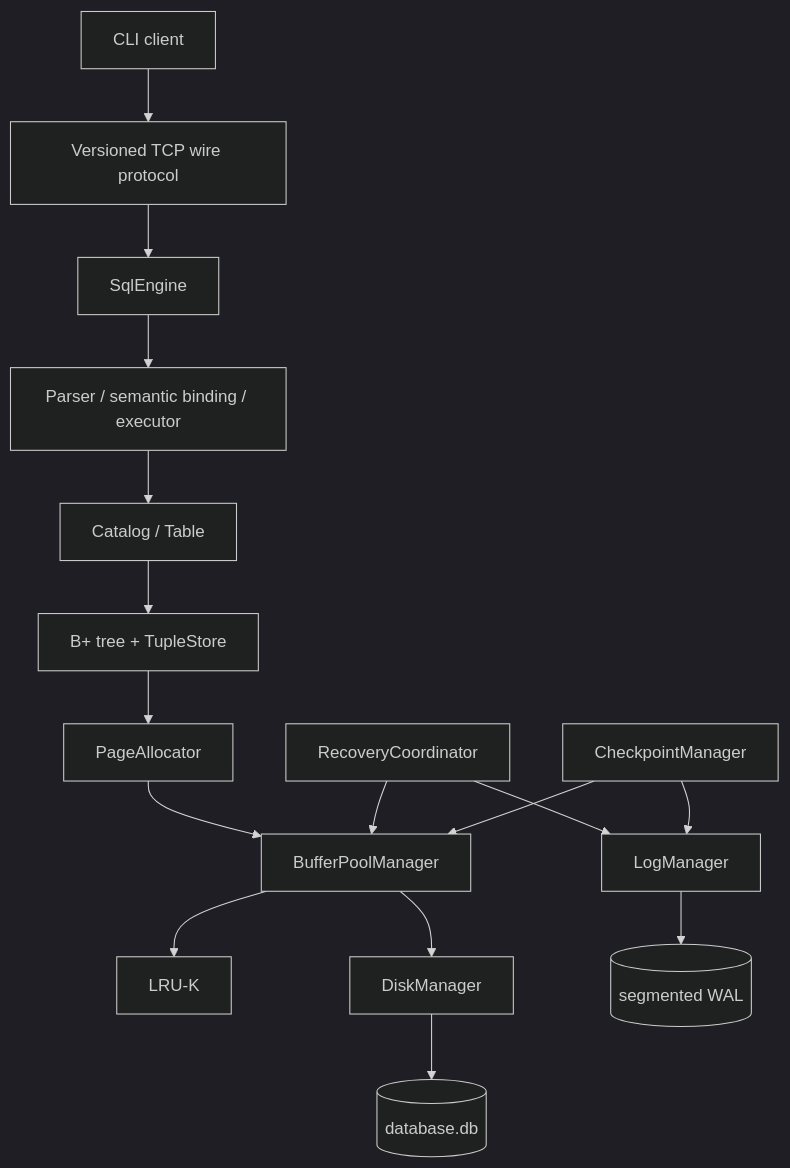
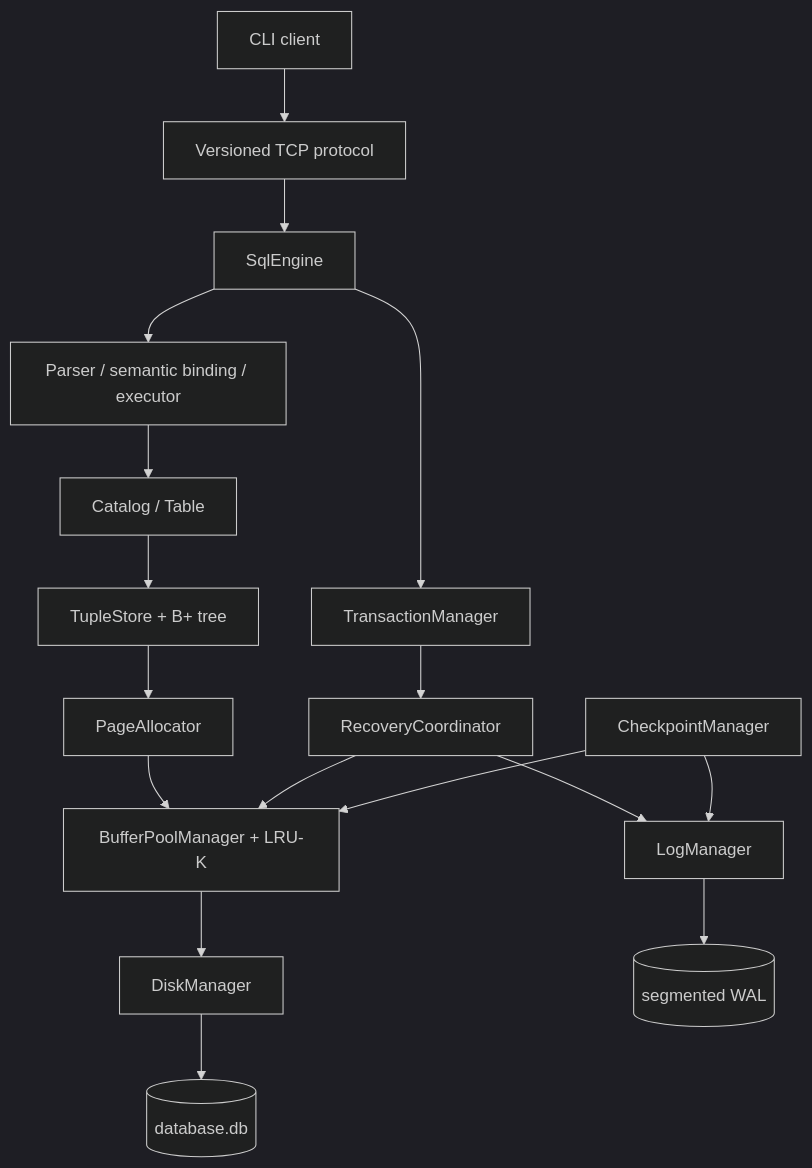
Before and after one commit to htenlik/minidb_cpp: the diagram in README.md, drawn with Mermaid (dark theme). The commit also changed other lines of this file, not shown here.

````diff
--- a/README.md
+++ b/README.md
@@ -30,19 +27,20 @@
 ```mermaid
 flowchart TB
-    Client[CLI client] --> Wire[Versioned TCP wire protocol]
+    Client[CLI client] --> Wire[Versioned TCP protocol]
     Wire --> Engine[SqlEngine]
     Engine --> SQL[Parser / semantic binding / executor]
+    Engine --> Txn[TransactionManager]
     SQL --> Relational[Catalog / Table]
-    Relational --> Storage[B+ tree + TupleStore]
+    Relational --> Storage[TupleStore + B+ tree]
     Storage --> Allocator[PageAllocator]
-    Allocator --> Pool[BufferPoolManager]
-    Pool --> Replacer[LRU-K]
+    Allocator --> Pool[BufferPoolManager + LRU-K]
     Pool --> Disk[DiskManager]
     Disk --> Database[(database.db)]
 
-    Recovery[RecoveryCoordinator] --> Log[LogManager]
+    Txn --> Recovery[RecoveryCoordinator]
+    Recovery --> Log[LogManager]
     Log --> WAL[(segmented WAL)]
     Recovery --> Pool
     Checkpoint[CheckpointManager] --> Pool
     Checkpoint --> Log
 ```
````
